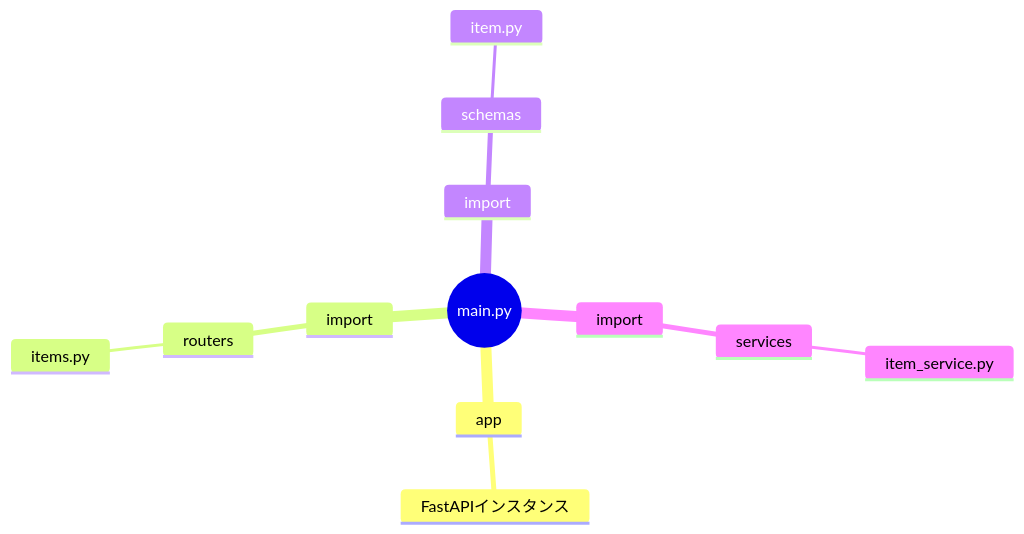
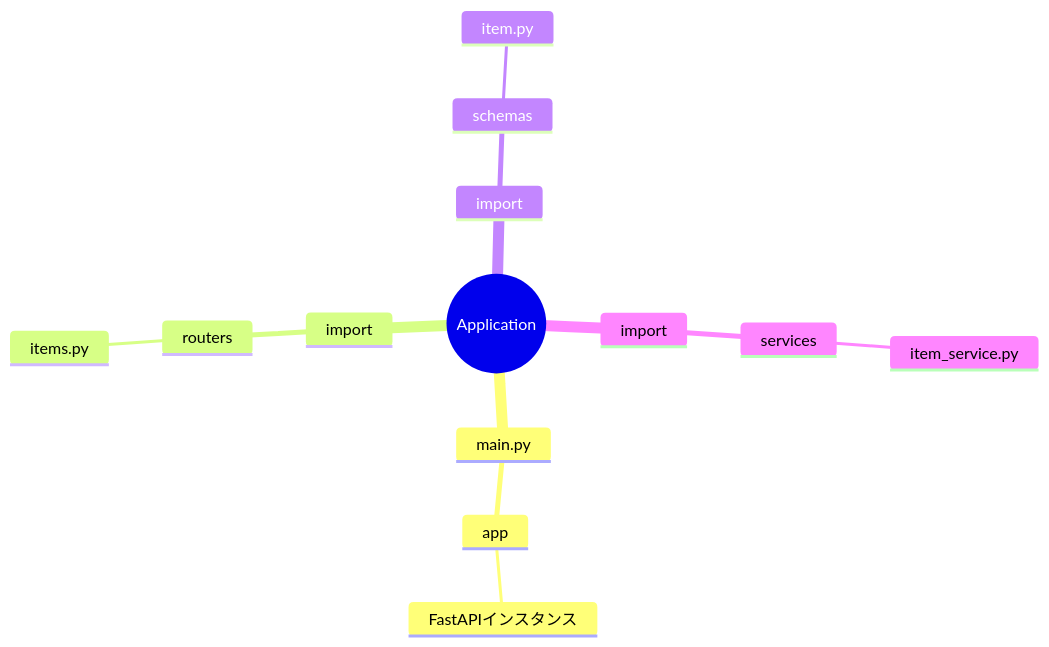
Before and after one commit to yoshikazuito1976/fastapi-linux-learning: the first of 2 diagrams in 16_application_structure/README.md, drawn with Mermaid. The commit also changed other lines of this file, not shown here.

Commit message:
整形: 16章 Application Structure README.md の体裁を整える

````diff
--- a/16_application_structure/README.md
+++ b/16_application_structure/README.md
@@ -19,15 +35,16 @@
 ```mermaid
 mindmap
-  root((main.py))
-    app
-      FastAPIインスタンス
+  root((Application))
+    main.py
+      app
+        FastAPIインスタンス
     import
       routers
         items.py
     import
       schemas
         item.py
     import
       services
         item_service.py
 ```
````
